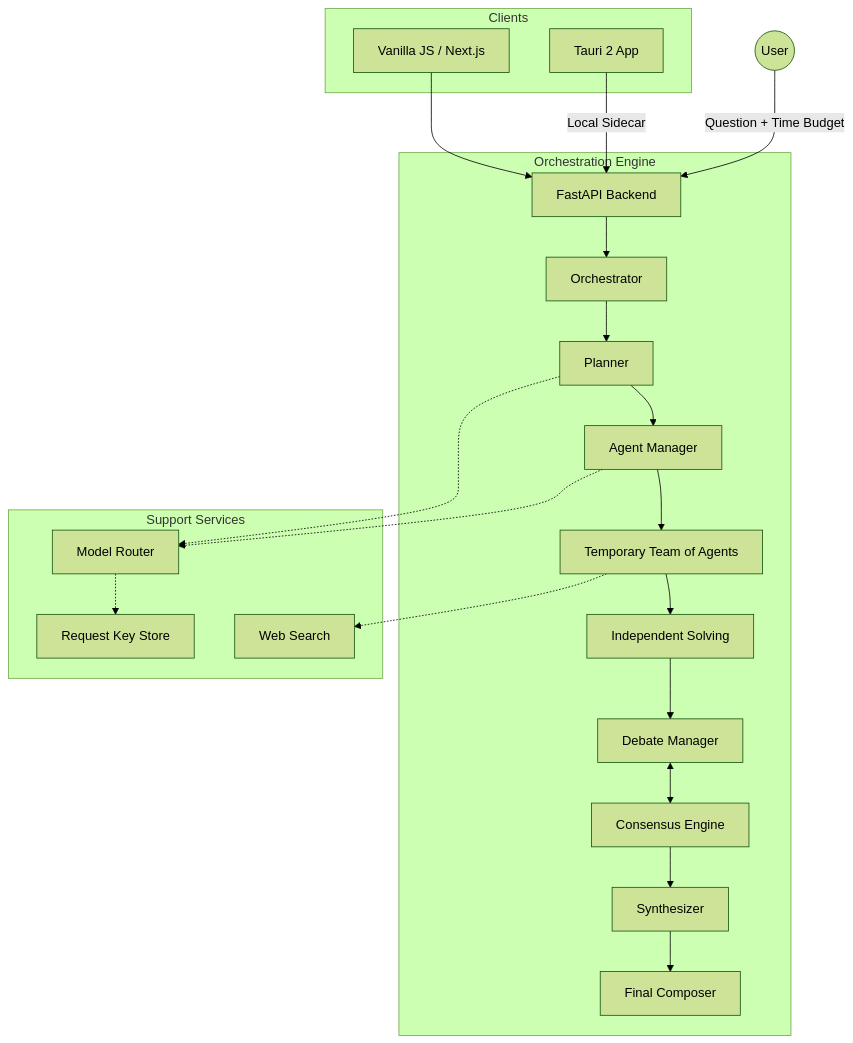
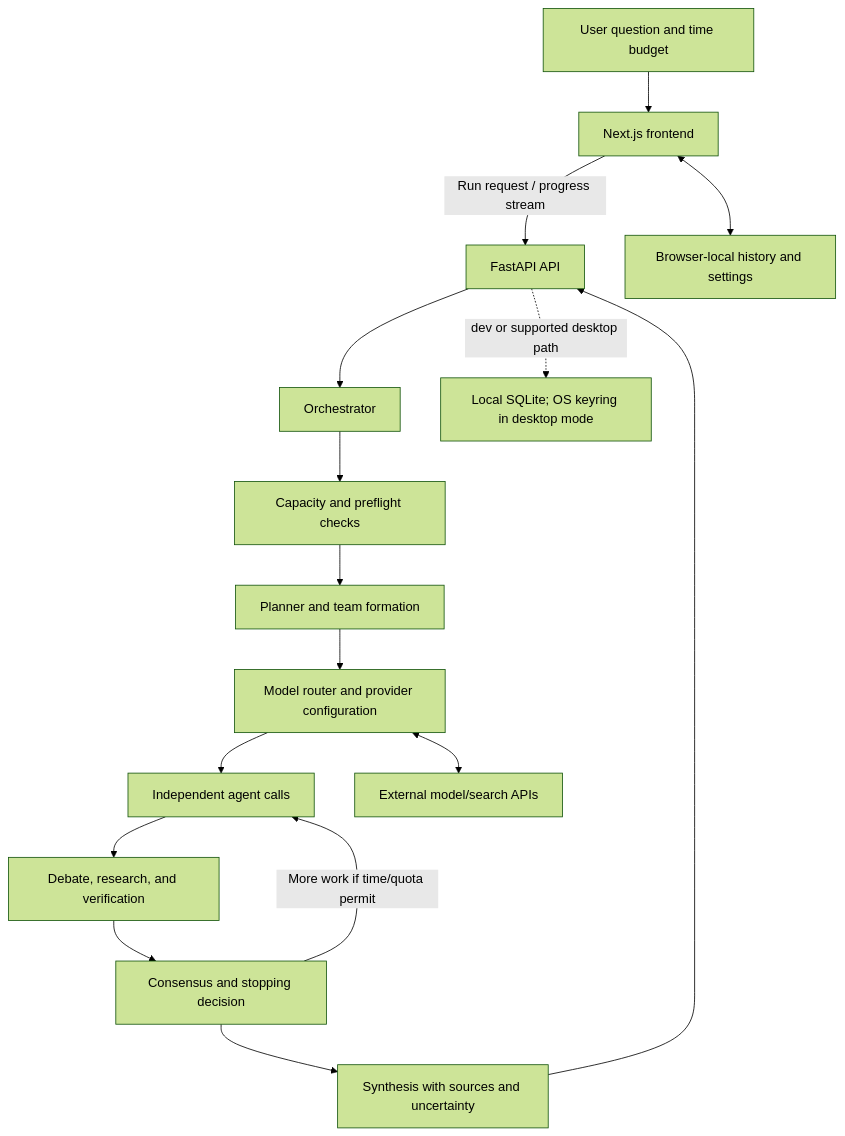
One commit to anubhab7105/Assembly changed the diagram in docs/architecture.md. Above: the diagram before and after it, drawn with Mermaid (forest theme). The commit also changed other lines of this file and 11 other files, not shown here.

````diff
--- a/docs/architecture.md
+++ b/docs/architecture.md
@@ -7,36 +7,18 @@
-```mermaid
-graph TD
-    %% Core Components
-    User((User)) --> |Question + Time Budget| Backend[FastAPI Backend]
-    
-    subgraph "Clients"
-        Web[Vanilla JS / Next.js]
-        Desktop[Tauri 2 App]
-    end
-    
-    Web --> Backend
-    Desktop --> |Local Sidecar| Backend
-
-    subgraph "Orchestration Engine"
-        Backend --> Orchestrator
-        Orchestrator --> Planner[Planner]
-        Planner --> AgentManager[Agent Manager]
-        AgentManager --> Agents[Temporary Team of Agents]
-        Agents --> IndependentSolve[Independent Solving]
-        IndependentSolve --> Debate[Debate Manager]
-        Debate <--> Consensus[Consensus Engine]
-        Consensus --> Synthesizer[Synthesizer]
-        Synthesizer --> Composer[Final Composer]
-    end
-    
-    subgraph "Support Services"
-        Router[Model Router]
-        WebResearch[Web Search]
-        KeyStore[Request Key Store]
-    end
-
-    Planner -.-> Router
-    AgentManager -.-> Router
-    Agents -.-> WebResearch
-    Router -.-> KeyStore
-```
+~~~mermaid
+flowchart TD
+    User[User question and time budget] --> Frontend[Next.js frontend]
+    Frontend -->|Run request / progress stream| API[FastAPI API]
+    Frontend <--> BrowserStore[Browser-local history and settings]
+    API --> Orchestrator[Orchestrator]
+    Orchestrator --> Capacity[Capacity and preflight checks]
+    Capacity --> Planner[Planner and team formation]
+    Planner --> Router[Model router and provider configuration]
+    Router --> Agents[Independent agent calls]
+    Agents --> Debate[Debate, research, and verification]
+    Debate --> Consensus[Consensus and stopping decision]
+    Consensus -->|More work if time/quota permit| Agents
+    Consensus --> Synthesis[Synthesis with sources and uncertainty]
+    Synthesis --> API
+    Router <--> Providers[External model/search APIs]
+    API -. dev or supported desktop path .-> LocalData[Local SQLite; OS keyring in desktop mode]
+~~~
````
